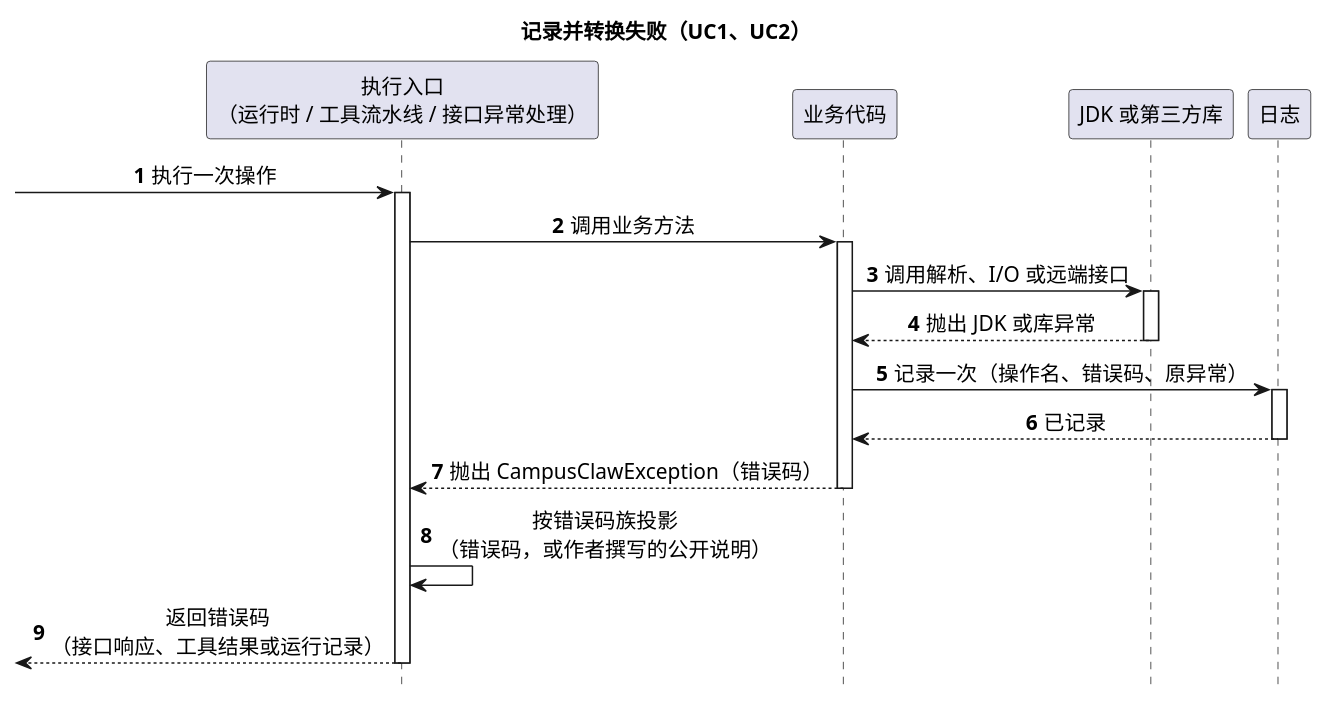
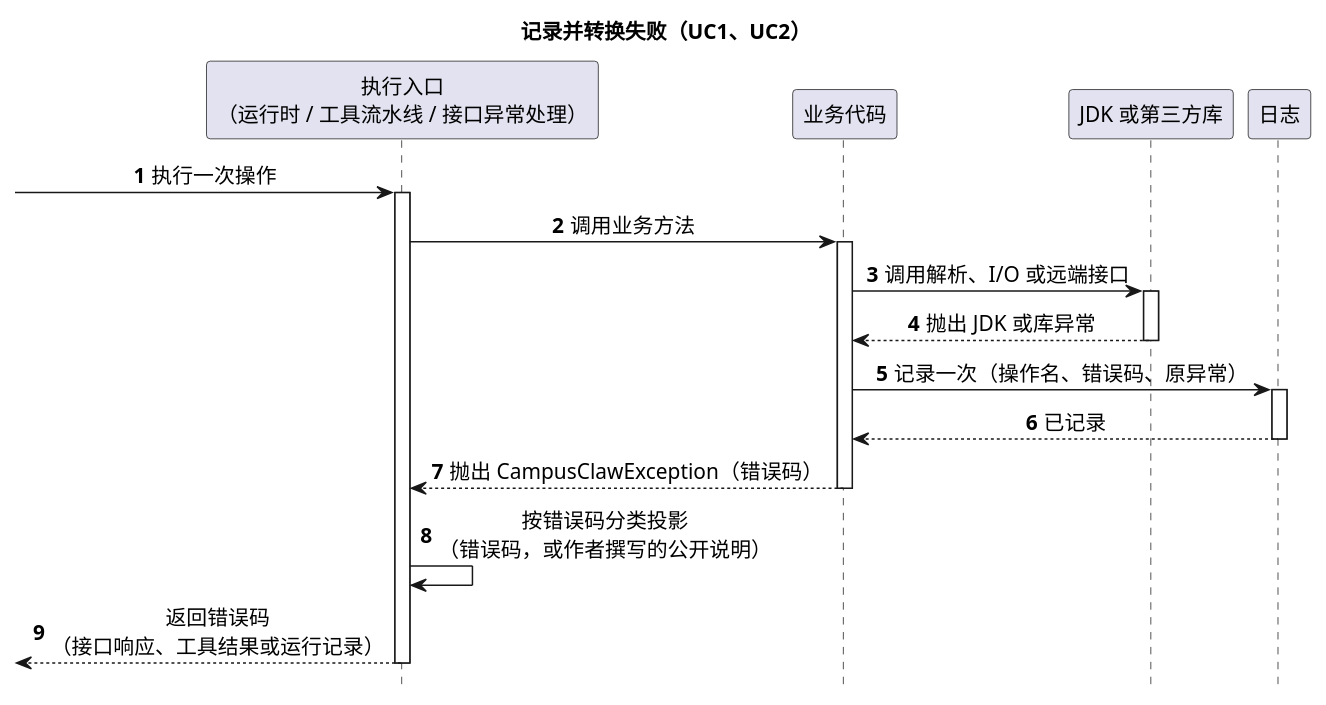
Before and after one commit to ssm0808/pi-mono-java-design: the first of 2 diagrams in 01-总体架构/09-CampusClaw异常与错误码/diagram.puml, drawn with PlantUML. The commit also changed other lines of this file and 7 other files, not shown here.

First line of the commit message:
docs(exception): 只保留一个异常类，错误码集中到 CampusClawErrorCode

```diff
--- a/01-总体架构/09-CampusClaw异常与错误码/diagram.puml
+++ b/01-总体架构/09-CampusClaw异常与错误码/diagram.puml
@@ -36,28 +1,28 @@
 @startuml exception_translation
 ' Java 基线：455445a4db136a58381f866e073a82d1f16ff1f1；2026-10-15 拉取 main。
 ' 源码：modules/agent-core/src/main/java/com/campusclaw/agent/tool/ToolExecutionPipeline.java failureResult、messageForException。
 ' 源码：modules/coding-agent-cli/src/main/java/com/campusclaw/codingagent/runtimeapi/web/RuntimeExceptionHandler.java。
 ' 场景：Claw 内部一次失败从捕获、记录、转换到投影给调用方的过程。
-' 目标：待实现；CampusClawException 与 ErrorCode 取代各自定义异常类。
+' 目标：待实现；CampusClawException 与 CampusClawErrorCode 取代各自定义异常类和各模块错误码枚举。
 ' 表达方式：只画正常的转换路径；错误码族不匹配时的处理见 README.md 第 5.2.1 节。
 title 记录并转换失败（UC1、UC2）
 hide footbox
 skinparam backgroundColor white
 skinparam defaultFontSize 14
 skinparam sequenceMessageAlign center
 participant "执行入口\n（运行时 / 工具流水线 / 接口异常处理）" as Boundary
 participant "业务代码" as Source
 participant "JDK 或第三方库" as Library
 participant "日志" as Log
 autonumber
 [-> Boundary ++ : 执行一次操作
 Boundary -> Source ++ : 调用业务方法
 Source -> Library ++ : 调用解析、I/O 或远端接口
 return 抛出 JDK 或库异常
 Source -> Log ++ : 记录一次（操作名、错误码、原异常）
 return 已记录
 return 抛出 CampusClawException（错误码）
-Boundary -> Boundary : 按错误码族投影\n（错误码，或作者撰写的公开说明）
+Boundary -> Boundary : 按错误码分类投影\n（错误码，或作者撰写的公开说明）
 [<-- Boundary : 返回错误码\n（接口响应、工具结果或运行记录）
 deactivate Boundary
 @enduml
```
